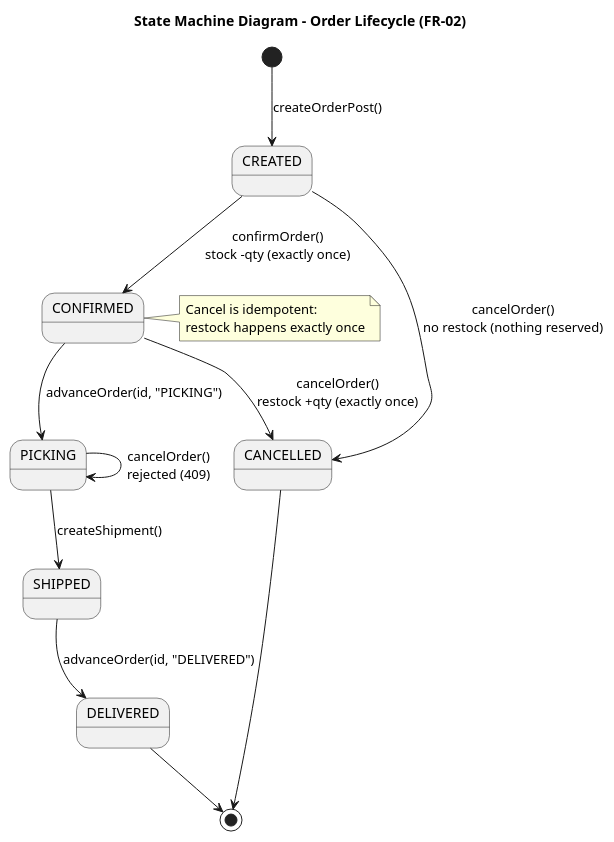
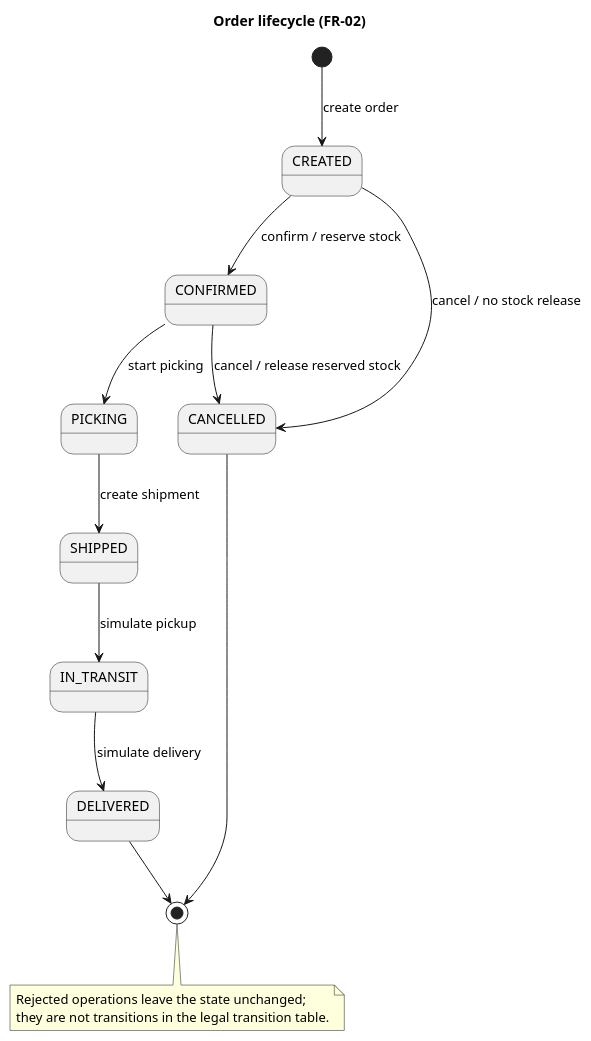
Before and after one commit to Et1enneee/comp3500-logistics: the diagram in logistics-foundation/docs/diagrams/state-machine.puml, drawn with PlantUML. The commit also changed 1 other file, not shown here.

Commit message:
docs: align order state diagram with transition table

```diff
--- a/logistics-foundation/docs/diagrams/state-machine.puml
+++ b/logistics-foundation/docs/diagrams/state-machine.puml
@@ -1,19 +1,19 @@
 @startuml
-title State Machine Diagram - Order Lifecycle (FR-02)
+title Order lifecycle (FR-02)
 skinparam backgroundColor #FFFFFF
 skinparam shadowing false
-[*] --> CREATED : createOrderPost()
-CREATED --> CONFIRMED : confirmOrder()\nstock -qty (exactly once)
-CONFIRMED --> PICKING : advanceOrder(id, "PICKING")
-PICKING --> SHIPPED : createShipment()
-SHIPPED --> DELIVERED : advanceOrder(id, "DELIVERED")
-CREATED --> CANCELLED : cancelOrder()\nno restock (nothing reserved)
-CONFIRMED --> CANCELLED : cancelOrder()\nrestock +qty (exactly once)
-PICKING --> PICKING : cancelOrder()\nrejected (409)
+[*] --> CREATED : create order
+CREATED --> CONFIRMED : confirm / reserve stock
+CREATED --> CANCELLED : cancel / no stock release
+CONFIRMED --> PICKING : start picking
+CONFIRMED --> CANCELLED : cancel / release reserved stock
+PICKING --> SHIPPED : create shipment
+SHIPPED --> IN_TRANSIT : simulate pickup
+IN_TRANSIT --> DELIVERED : simulate delivery
 DELIVERED --> [*]
 CANCELLED --> [*]
-note right of CONFIRMED
-  Cancel is idempotent:
-  restock happens exactly once
+note bottom
+Rejected operations leave the state unchanged;
+they are not transitions in the legal transition table.
 end note
 @enduml
```
